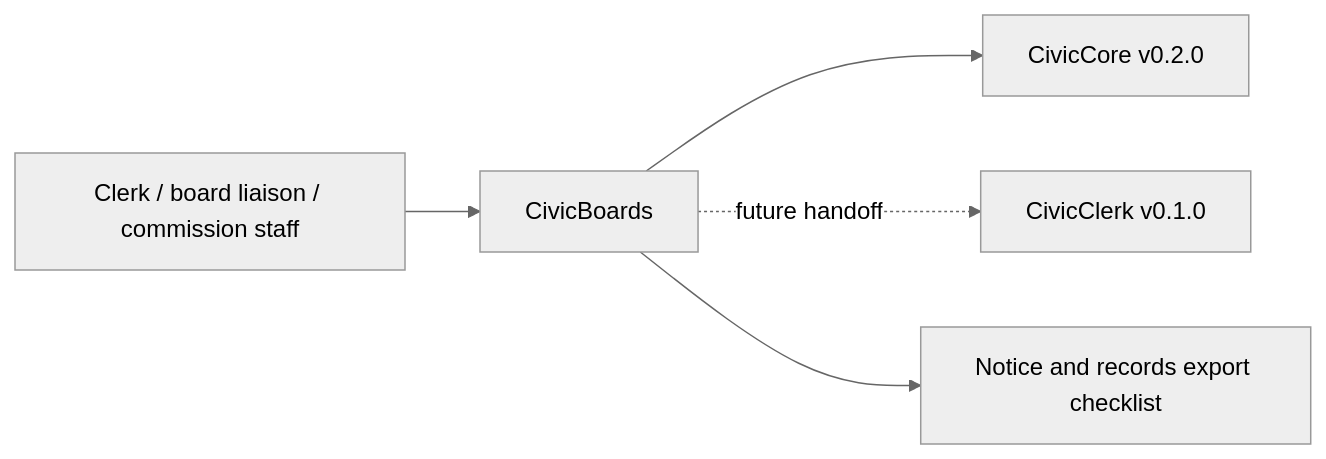
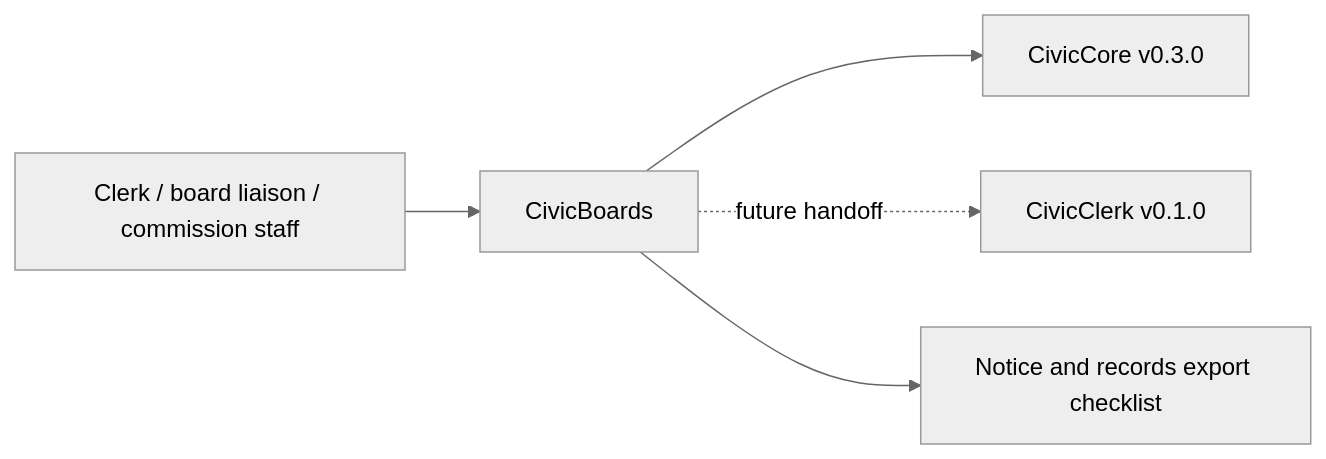
The diagram in USER-MANUAL.md (townlight/boards), drawn with Mermaid (neutral theme) before and after one commit. The commit also changed other lines of this file and 31 other files, not shown here.

Commit message:
chore: align CivicBoards with civiccore v0.3.0 (#1)

````diff
--- a/USER-MANUAL.md
+++ b/USER-MANUAL.md
@@ -32,7 +32,7 @@
 ```mermaid
 flowchart LR
   Staff["Clerk / board liaison / commission staff"] --> CivicBoards["CivicBoards"]
-  CivicBoards --> CivicCore["CivicCore v0.2.0"]
+  CivicBoards --> CivicCore["CivicCore v0.3.0"]
   CivicBoards -. future handoff .-> CivicClerk["CivicClerk v0.1.0"]
   CivicBoards --> Export["Notice and records export checklist"]
 ```
````
